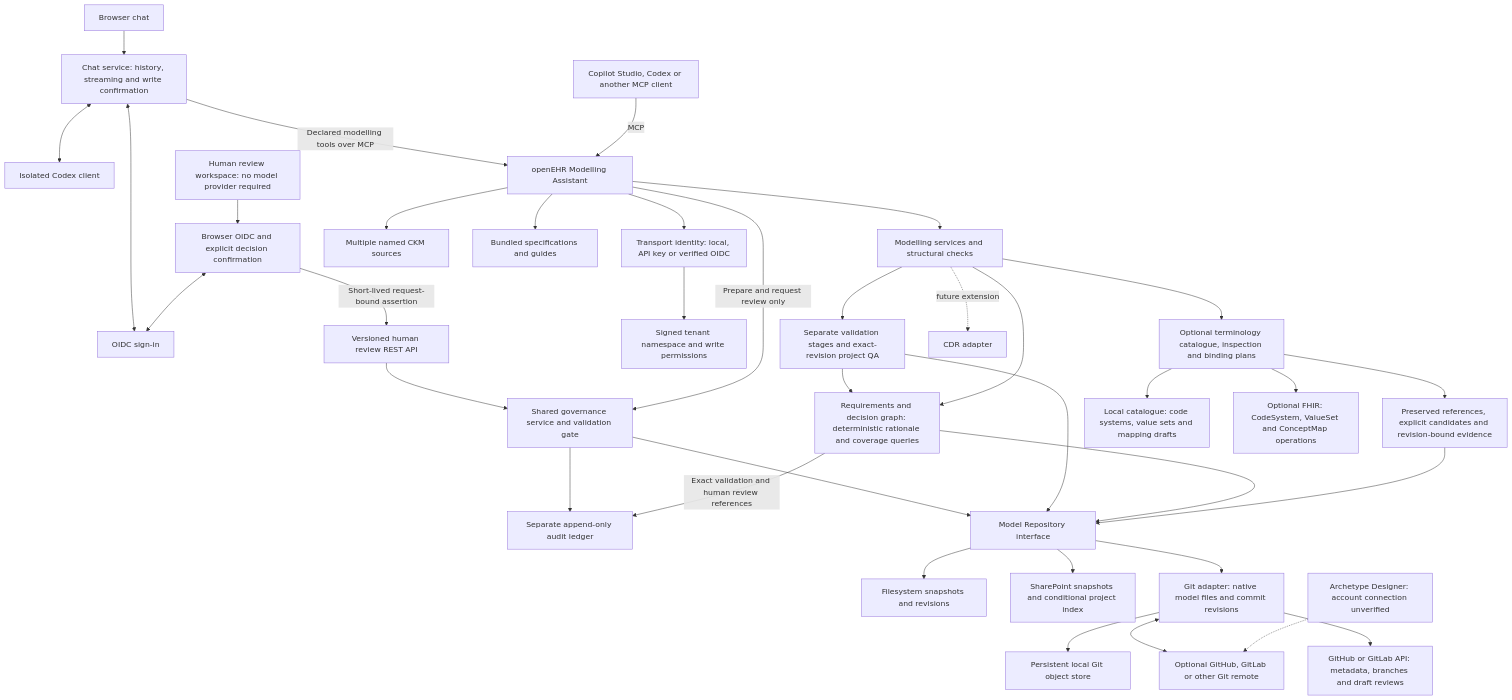
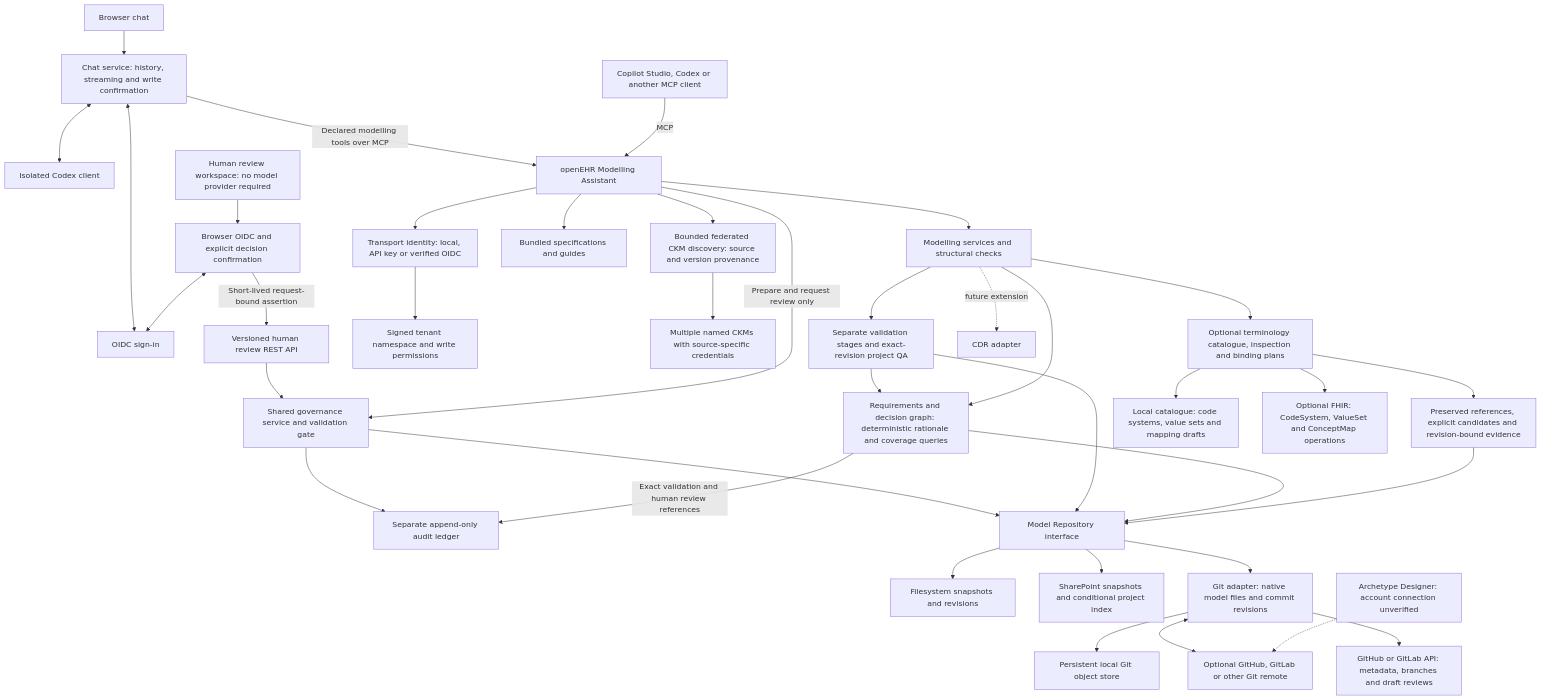
Before and after one commit to CzarMich/openehr-modelling-assistant: the first of 2 diagrams in README.md, drawn with Mermaid. The commit also changed other lines of this file and 50 other files, not shown here.

Commit message:
feat(ckm): add source-bound credentials and federated discovery

````diff
--- a/README.md
+++ b/README.md
@@ -98,39 +100,40 @@
 ```mermaid
 flowchart TD
     U[Browser chat] --> W[Chat service: history, streaming and write confirmation]
     W <--> I[OIDC sign-in]
     W <--> AIC[Isolated Codex client]
     W -->|Declared modelling tools over MCP| S[openEHR Modelling Assistant]
     HU[Human review workspace: no model provider required] --> HR[Browser OIDC and explicit decision confirmation]
     HR <--> I
     HR -->|Short-lived request-bound assertion| RA[Versioned human review REST API]
     RA --> GV[Shared governance service and validation gate]
     S -->|Prepare and request review only| GV
     GV --> AU[Separate append-only audit ledger]
     GV --> R
     M[Copilot Studio, Codex or another MCP client] -->|MCP| S[openEHR Modelling Assistant]
     S --> ID[Transport identity: local, API key or verified OIDC]
     ID --> TEN[Signed tenant namespace and write permissions]
-    S --> K[Multiple named CKM sources]
+    S --> FK[Bounded federated CKM discovery: source and version provenance]
+    FK --> K[Multiple named CKMs with source-specific credentials]
     S --> B[Bundled specifications and guides]
     S --> D[Modelling services and structural checks]
     D --> VQ[Separate validation stages and exact-revision project QA]
     VQ --> R[Model Repository interface]
     VQ --> TG
     D --> TG[Requirements and decision graph: deterministic rationale and coverage queries]
     TG --> R
     TG -->|Exact validation and human review references| AU
     R --> F[Filesystem snapshots and revisions]
     R --> SP[SharePoint snapshots and conditional project index]
     R --> G[Git adapter: native model files and commit revisions]
     G --> O[Persistent local Git object store]
     G <--> H[Optional GitHub, GitLab or other Git remote]
     G --> HP[GitHub or GitLab API: metadata, branches and draft reviews]
     A[Archetype Designer: account connection unverified] -.-> H
     D --> T[Optional terminology catalogue, inspection and binding plans]
     T --> BP[Preserved references, explicit candidates and revision-bound evidence]
     BP --> R
     T --> L[Local catalogue: code systems, value sets and mapping drafts]
     T --> E[Optional FHIR: CodeSystem, ValueSet and ConceptMap operations]
     D -. future extension .-> C[CDR adapter]
 ```
````
